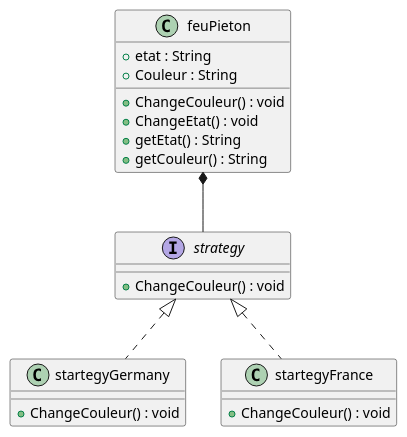
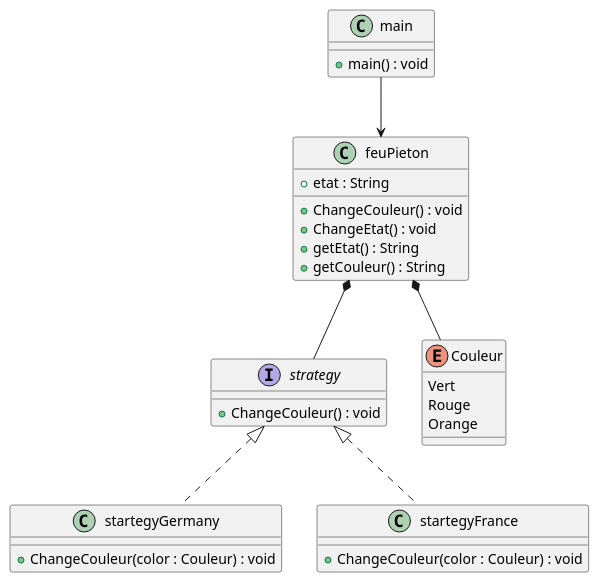
One commit to tejdin/Conception changed the diagram in TD1/Feu.puml. Above: the diagram before and after it, drawn with PlantUML.

```diff
--- a/TD1/Feu.puml
+++ b/TD1/Feu.puml
@@ -1,28 +1,41 @@
 @startuml
+
+class main {
+    + main() : void
+}
+
 
 class feuPieton{
 + etat : String
-+ Couleur : String
 + ChangeCouleur() : void
 + ChangeEtat() : void
 + getEtat() : String
 + getCouleur() : String
-
-
 }
 
 interface strategy{
 + ChangeCouleur() : void
 }
 
 class startegyGermany implements strategy{
-+ ChangeCouleur() : void
++ ChangeCouleur(color : Couleur) : void
 }
 
+
 class startegyFrance implements strategy{
-+ ChangeCouleur() : void
++ ChangeCouleur(color : Couleur) : void
 }
 
+enum Couleur{
+    Vert
+    Rouge
+    Orange
+}
+
+
 feuPieton *-- strategy
+feuPieton *-- Couleur
+main --> feuPieton
+
 
 @enduml
```
